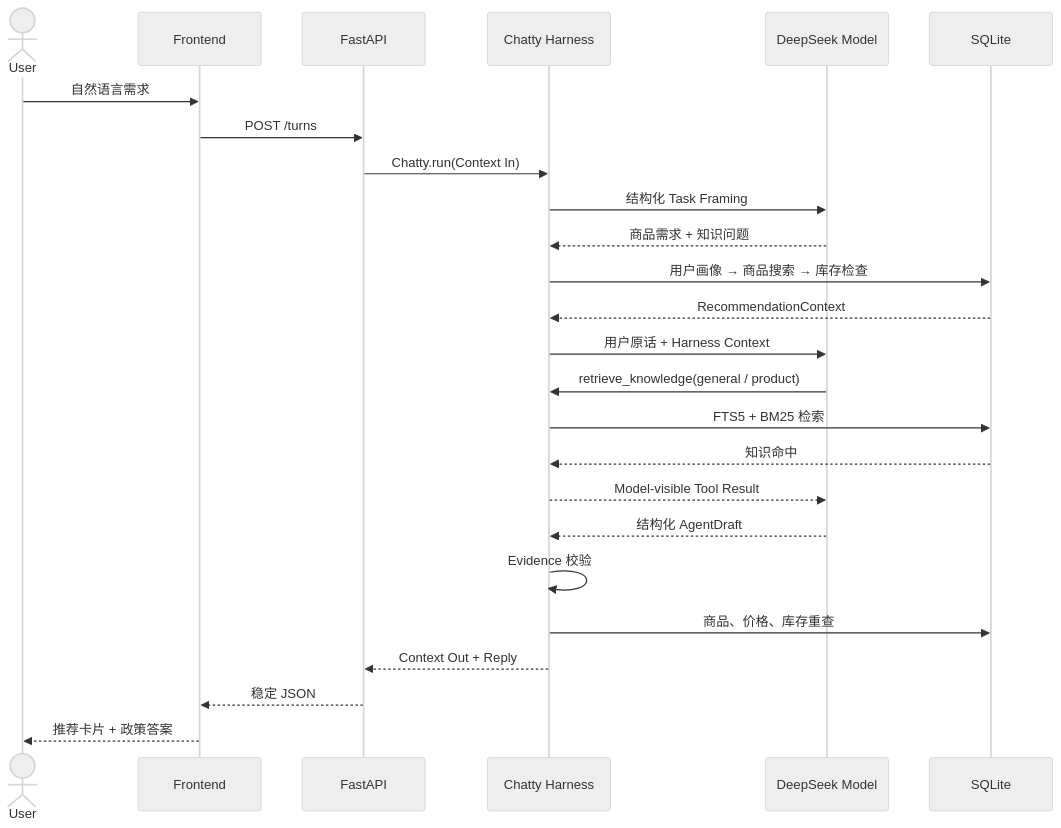
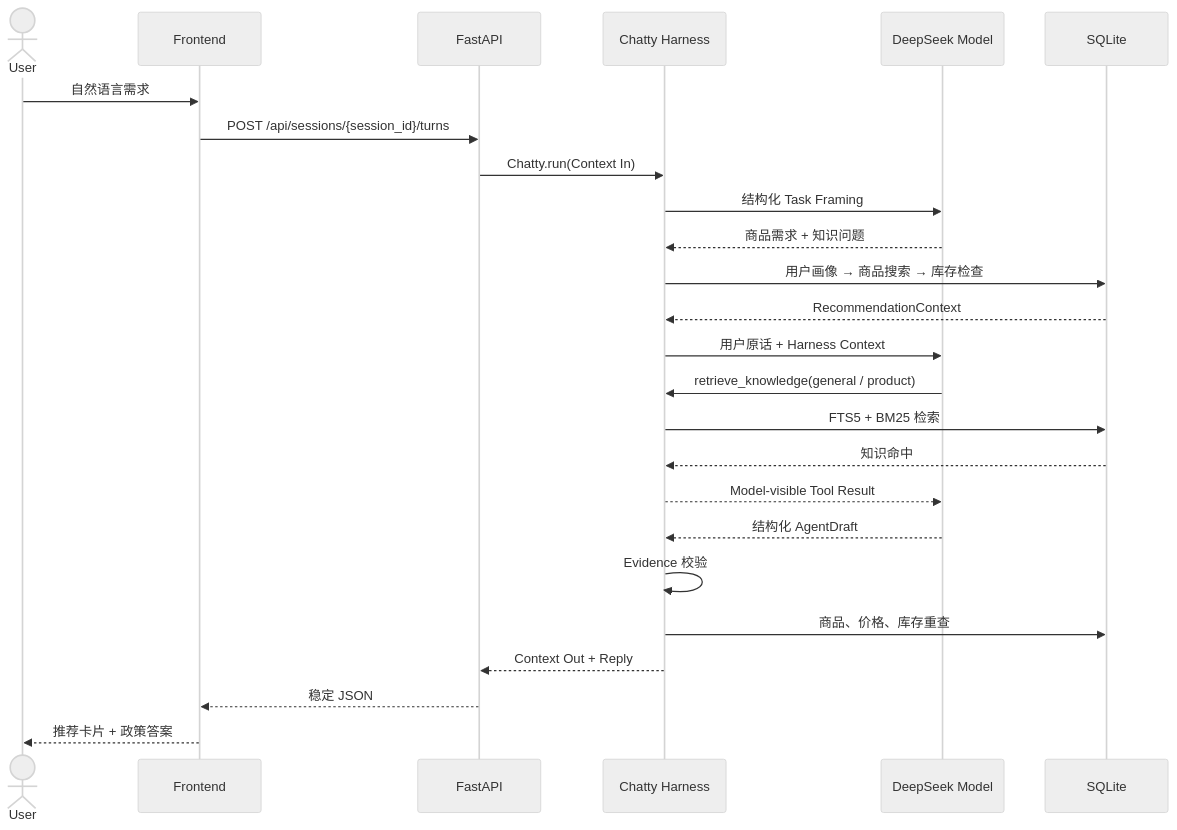
One commit to ImWenyaoT/chatty changed the second of 4 diagrams in README.md. Above: the diagram before and after it, drawn with Mermaid (neutral theme). The commit also changed other lines of this file and 1 other file, not shown here.

````diff
--- a/README.md
+++ b/README.md
@@ -87,28 +87,28 @@
 ```mermaid
 sequenceDiagram
     actor U as User
     participant F as Frontend
     participant A as FastAPI
     participant H as Chatty Harness
     participant M as DeepSeek Model
     participant D as SQLite
 
     U->>F: 自然语言需求
-    F->>A: POST /turns
+    F->>A: POST /api/sessions/{session_id}/turns
     A->>H: Chatty.run(Context In)
     H->>M: 结构化 Task Framing
     M-->>H: 商品需求 + 知识问题
     H->>D: 用户画像 → 商品搜索 → 库存检查
     D-->>H: RecommendationContext
     H->>M: 用户原话 + Harness Context
     M->>H: retrieve_knowledge(general / product)
     H->>D: FTS5 + BM25 检索
     D-->>H: 知识命中
     H-->>M: Model-visible Tool Result
     M-->>H: 结构化 AgentDraft
     H->>H: Evidence 校验
     H->>D: 商品、价格、库存重查
     H-->>A: Context Out + Reply
     A-->>F: 稳定 JSON
     F-->>U: 推荐卡片 + 政策答案
 ```
````
